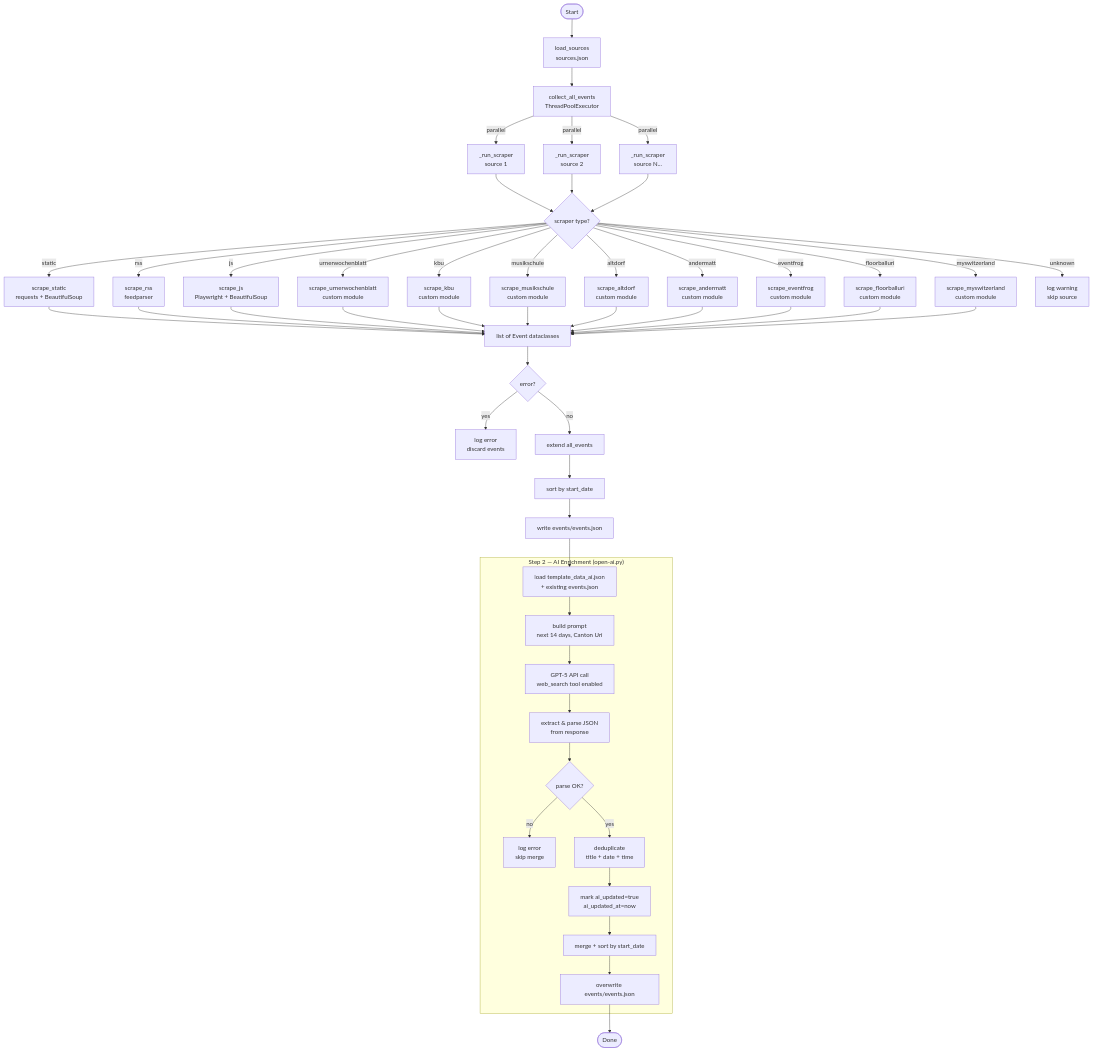
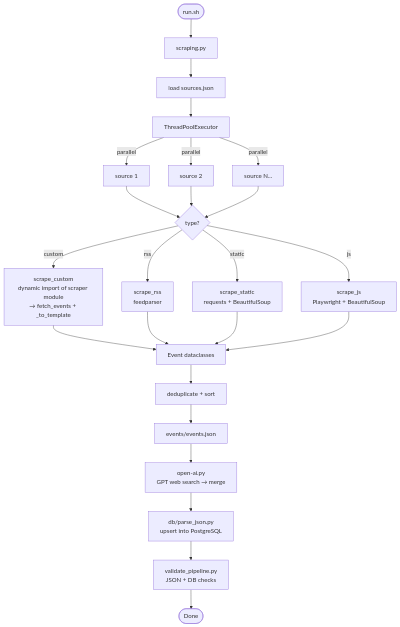
Before and after one commit to kaitlynh/uri-calendar: the diagram in scraping/Doc.md, drawn with Mermaid. The commit also changed other lines of this file and 6 other files, not shown here.

First line of the commit message:
Refactor scraper types: use "custom" with dynamic dispatch, rewrite docs

````diff
--- a/scraping/Doc.md
+++ b/scraping/Doc.md
@@ -111,50 +160,27 @@
 ```mermaid
 flowchart TD
-    A([Start]) --> B[load_sources<br/>sources.json]
-    B --> C[collect_all_events<br/>ThreadPoolExecutor]
+    A([run.sh]) --> B[scraping.py]
 
-    C --> |parallel| D1[_run_scraper<br/>source 1]
-    C --> |parallel| D2[_run_scraper<br/>source 2]
-    C --> |parallel| Dn[_run_scraper<br/>source N...]
+    B --> C[load sources.json]
+    C --> D[ThreadPoolExecutor]
 
-    D1 & D2 & Dn --> E{scraper type?}
+    D --> |parallel| S1[source 1]
+    D --> |parallel| S2[source 2]
+    D --> |parallel| Sn[source N...]
 
-    E --> |static| F1[scrape_static<br/>requests + BeautifulSoup]
-    E --> |rss| F2[scrape_rss<br/>feedparser]
-    E --> |js| F3[scrape_js<br/>Playwright + BeautifulSoup]
-    E --> |urnerwochenblatt| F4[scrape_urnerwochenblatt<br/>custom module]
-    E --> |kbu| F5[scrape_kbu<br/>custom module]
-    E --> |musikschule| F6[scrape_musikschule<br/>custom module]
-    E --> |altdorf| F7[scrape_altdorf<br/>custom module]
-    E --> |andermatt| F8[scrape_andermatt<br/>custom module]
-    E --> |eventfrog| F9[scrape_eventfrog<br/>custom module]
-    E --> |floorballuri| F10[scrape_floorballuri<br/>custom module]
-    E --> |myswitzerland| F11[scrape_myswitzerland<br/>custom module]
-    E --> |unknown| ERR[log warning<br/>skip source]
+    S1 & S2 & Sn --> T{type?}
 
-    F1 & F2 & F3 & F4 & F5 & F6 & F7 & F8 & F9 & F10 & F11 --> G[list of Event dataclasses]
+    T --> |custom| TC[scrape_custom<br/>dynamic import of scraper module<br/>→ fetch_events + _to_template]
+    T --> |rss| TR[scrape_rss<br/>feedparser]
+    T --> |static| TS[scrape_static<br/>requests + BeautifulSoup]
+    T --> |js| TJ[scrape_js<br/>Playwright + BeautifulSoup]
 
-    G --> H{error?}
-    H --> |yes| I[log error<br/>discard events]
-    H --> |no| J[extend all_events]
+    TC & TR & TS & TJ --> E[Event dataclasses]
+    E --> F[deduplicate + sort]
+    F --> G[events/events.json]
 
-    J --> K[sort by start_date]
-    K --> L[write events/events.json]
-
-    L --> AI1
-
-    subgraph AI ["Step 2 — AI Enrichment (open-ai.py)"]
-        AI1[load template_data_ai.json<br/>+ existing events.json]
-        AI1 --> AI2[build prompt<br/>next 14 days, Canton Uri]
-        AI2 --> AI3[GPT-5 API call<br/>web_search tool enabled]
-        AI3 --> AI4[extract & parse JSON<br/>from response]
-        AI4 --> AI5{parse OK?}
-        AI5 --> |no| AI6[log error<br/>skip merge]
-        AI5 --> |yes| AI7[deduplicate<br/>title + date + time]
-        AI7 --> AI8[mark ai_updated=true<br/>ai_updated_at=now]
-        AI8 --> AI9[merge + sort by start_date]
-        AI9 --> AI10[overwrite events/events.json]
-    end
-
-    AI10 --> Z([Done])
+    G --> AI[open-ai.py<br/>GPT web search → merge]
+    AI --> DB[db/parse_json.py<br/>upsert into PostgreSQL]
+    DB --> V[validate_pipeline.py<br/>JSON + DB checks]
+    V --> Z([Done])
 ```
````
